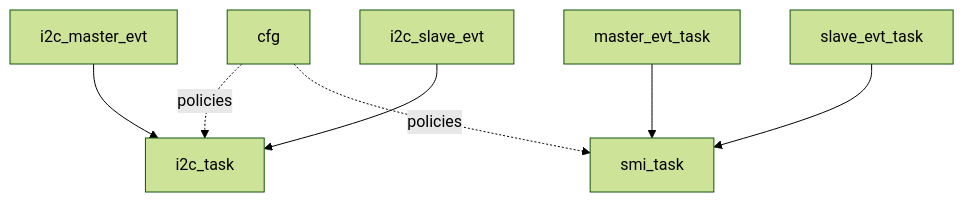
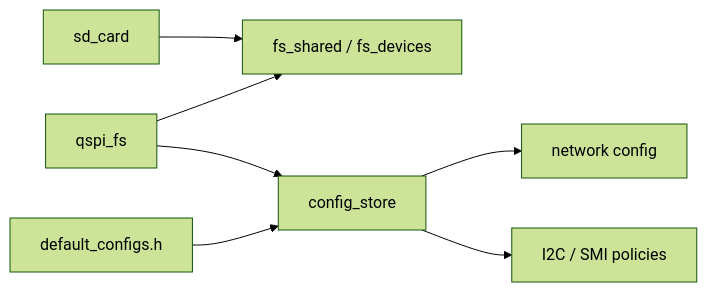
One commit to igtrefilov/bvstk changed the second of 2 diagrams in docs/dev/architecture.md. Above: the diagram before and after it, drawn with Mermaid (forest theme). The commit also changed other lines of this file and 11 other files, not shown here.

````diff
--- a/docs/dev/architecture.md
+++ b/docs/dev/architecture.md
@@ -180,20 +95,9 @@
 ```mermaid
-flowchart TB
-  cfg["cfg"]
-
-  i2c_m["i2c_master_evt"]
-  i2c_s["i2c_slave_evt"]
-  i2c_t["i2c_task"]
-
-  smi_m["master_evt_task"]
-  smi_s["slave_evt_task"]
-  smi_t["smi_task"]
-
-  cfg -. "policies" .-> i2c_t
-  cfg -. "policies" .-> smi_t
-
-  i2c_m --> i2c_t
-  i2c_s --> i2c_t
-  smi_m --> smi_t
-  smi_s --> smi_t
+flowchart LR
+  sd["sd_card"] --> fs["fs_shared / fs_devices"]
+  qspi["qspi_fs"] --> fs
+  qspi --> cfg["config_store"]
+  defs["default_configs.h"] --> cfg
+  cfg --> net["network config"]
+  cfg --> pl["I2C / SMI policies"]
 ```
````
